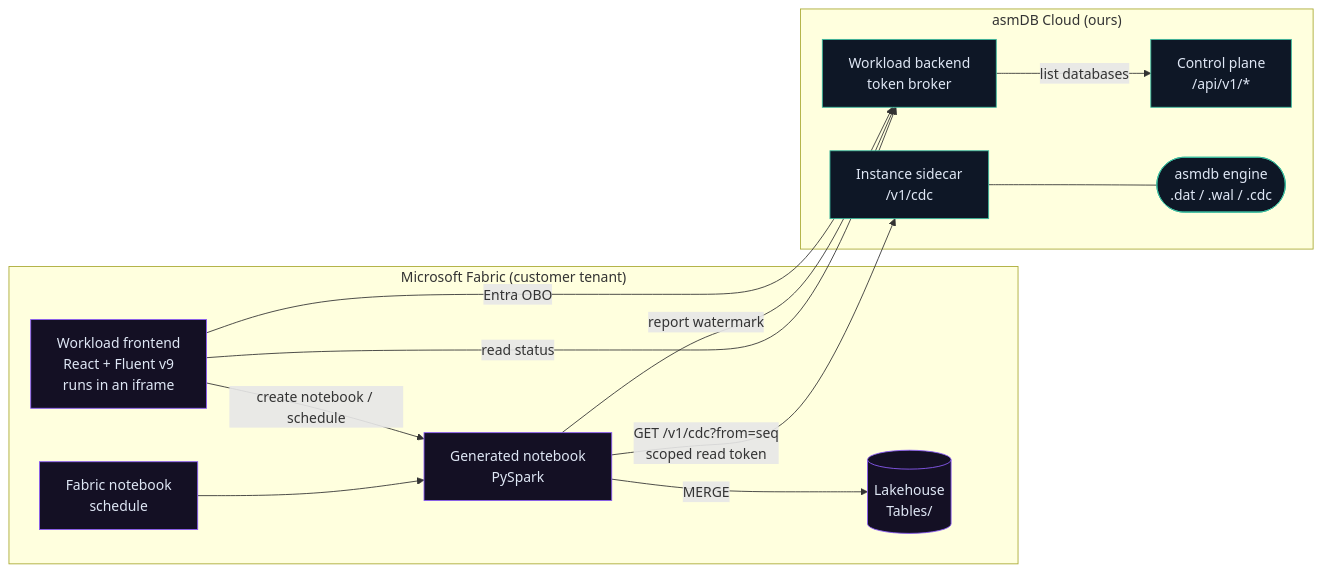
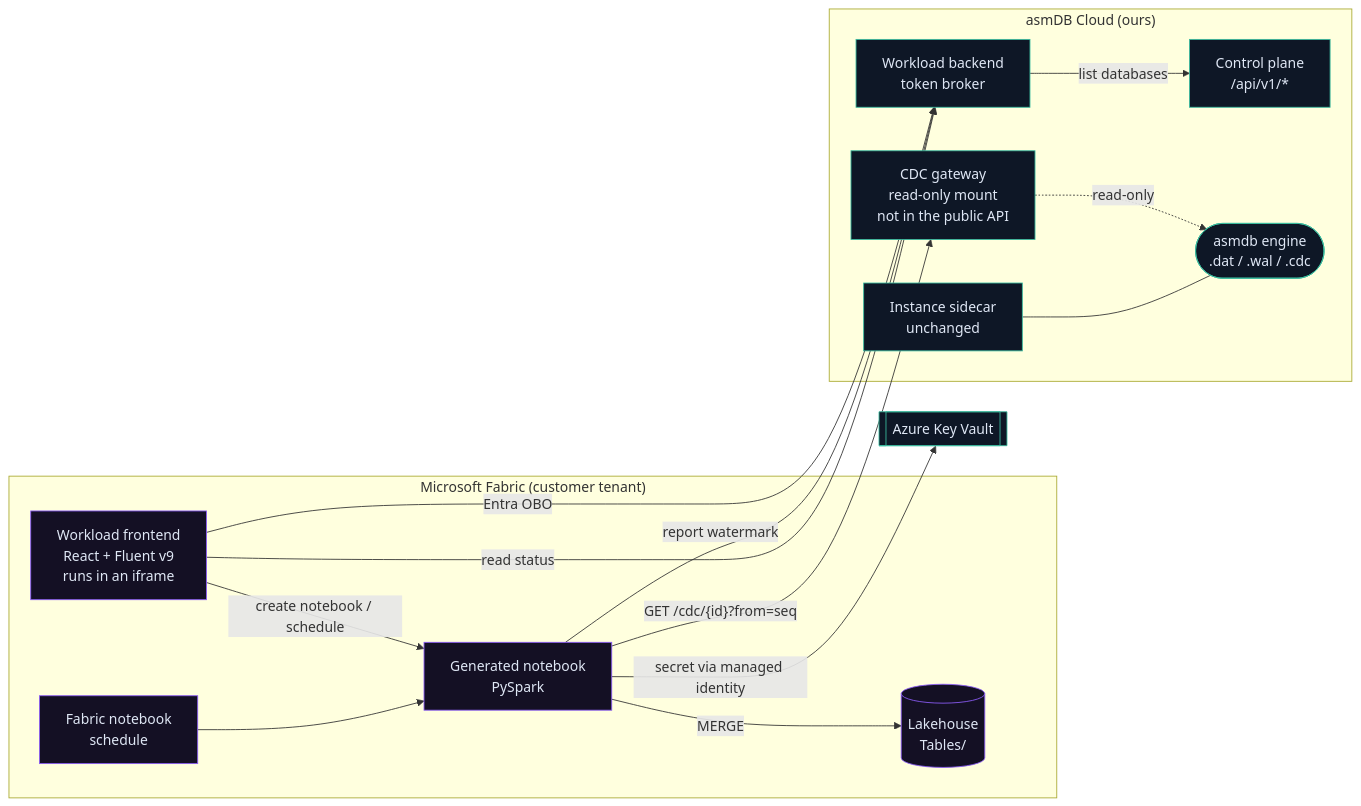
Before and after one commit to fredgis/asmDB: the first of 3 diagrams in docs/WORKLOAD.md, drawn with Mermaid. The commit also changed other lines of this file and 7 other files, not shown here.

First line of the commit message:
Rework the workload plan around the decisions, and make the mockup graphical

````diff
--- a/docs/WORKLOAD.md
+++ b/docs/WORKLOAD.md
@@ -55,31 +55,34 @@
 ```mermaid
 flowchart LR
   subgraph Fabric["Microsoft Fabric (customer tenant)"]
     UI["Workload frontend<br/>React + Fluent v9<br/>runs in an iframe"]
     NB["Generated notebook<br/>PySpark"]
     LH[("Lakehouse<br/>Tables/")]
     SCH["Fabric notebook<br/>schedule"]
   end
 
   subgraph Ours["asmDB Cloud (ours)"]
     BE["Workload backend<br/>token broker"]
     CP["Control plane<br/>/api/v1/*"]
-    SC["Instance sidecar<br/>/v1/cdc"]
+    GW["CDC gateway<br/>read-only mount<br/>not in the public API"]
+    SC["Instance sidecar<br/>unchanged"]
     ENG(["asmdb engine<br/>.dat / .wal / .cdc"])
   end
 
   UI -->|"Entra OBO"| BE
   BE -->|"list databases"| CP
   UI -->|"create notebook / schedule"| NB
   SCH --> NB
-  NB -->|"GET /v1/cdc?from=seq<br/>scoped read token"| SC
+  NB -->|"secret via managed identity"| KV[["Azure Key Vault"]]
+  NB -->|"GET /cdc/{id}?from=seq"| GW
+  GW -.->|"read-only"| ENG
   SC --- ENG
   NB -->|"MERGE"| LH
   NB -->|"report watermark"| BE
   UI -->|"read status"| BE
 
   classDef ours fill:#0e1726,stroke:#3ABB9F,color:#dfe7f5
   classDef fab fill:#141024,stroke:#8b5cf6,color:#dfe7f5
-  class BE,CP,SC,ENG ours
+  class BE,CP,SC,ENG,GW,KV ours
   class UI,NB,LH,SCH fab
 ```
````
